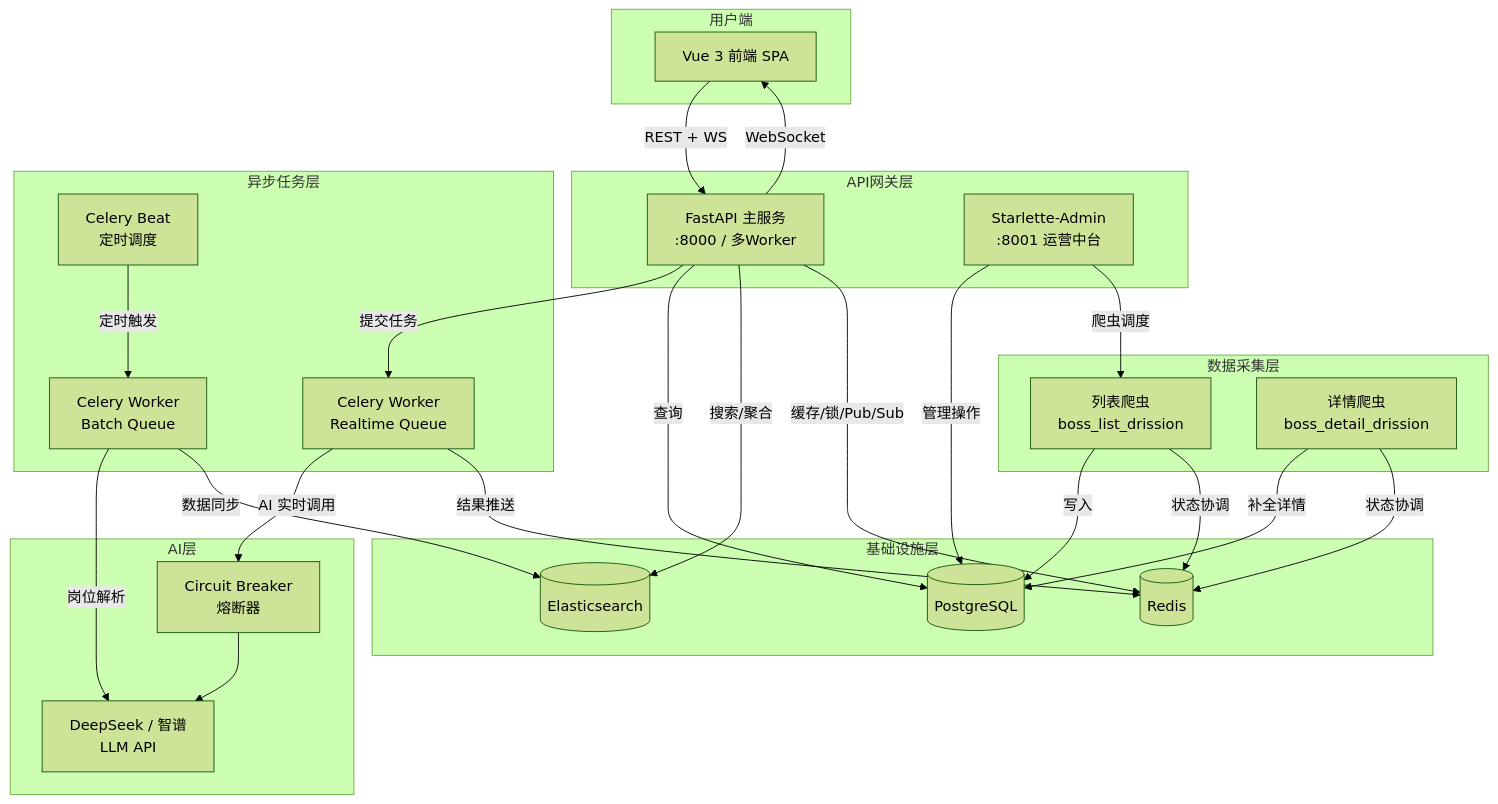
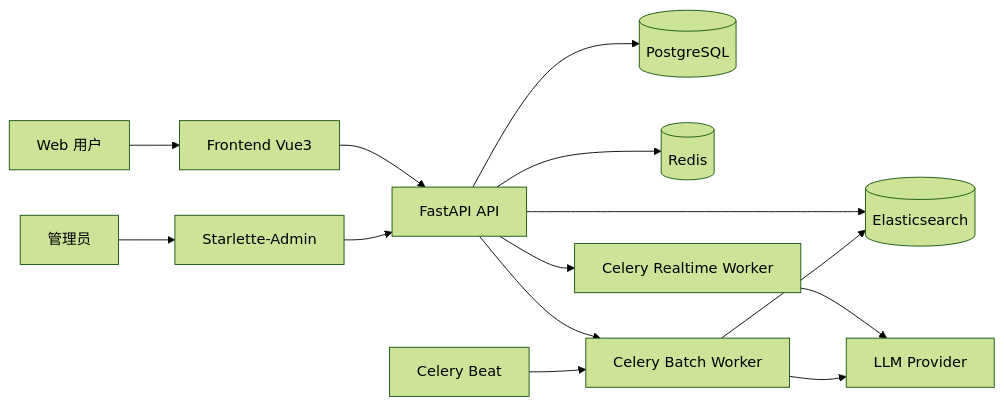
One commit to bo-ouyang/job changed the first of 7 diagrams in ARCHITECTURE.md. Above: the diagram before and after it, drawn with Mermaid (forest theme). The commit also changed other lines of this file and 26 other files, not shown here.

````diff
--- a/ARCHITECTURE.md
+++ b/ARCHITECTURE.md
@@ -9,53 +9,18 @@
 ```mermaid
-graph TB
-    subgraph 用户端
-        FE[Vue 3 前端 SPA]
-    end
+flowchart LR
+    U[Web 用户] --> FE[Frontend Vue3]
+    FE --> API[FastAPI API]
+    OPS[管理员] --> ADMIN[Starlette-Admin]
+    ADMIN --> API
 
-    subgraph API网关层
-        API[FastAPI 主服务<br/>:8000 / 多Worker]
-        ADMIN[Starlette-Admin<br/>:8001 运营中台]
-    end
+    API --> PG[(PostgreSQL)]
+    API --> ES[(Elasticsearch)]
+    API --> REDIS[(Redis)]
+    API --> C_RT[Celery Realtime Worker]
+    API --> C_BT[Celery Batch Worker]
+    BEAT[Celery Beat] --> C_BT
 
-    subgraph 异步任务层
-        CELERY_RT[Celery Worker<br/>Realtime Queue]
-        CELERY_BT[Celery Worker<br/>Batch Queue]
-        BEAT[Celery Beat<br/>定时调度]
-    end
-
-    subgraph 数据采集层
-        SPIDER_LIST[列表爬虫<br/>boss_list_drission]
-        SPIDER_DETAIL[详情爬虫<br/>boss_detail_drission]
-    end
-
-    subgraph 基础设施层
-        PG[(PostgreSQL)]
-        REDIS[(Redis)]
-        ES[(Elasticsearch)]
-    end
-
-    subgraph AI层
-        LLM[DeepSeek / 智谱<br/>LLM API]
-        CB[Circuit Breaker<br/>熔断器]
-    end
-
-    FE -->|REST + WS| API
-    ADMIN -->|管理操作| PG
-    ADMIN -->|爬虫调度| SPIDER_LIST
-
-    API -->|提交任务| CELERY_RT
-    API -->|查询| PG
-    API -->|搜索/聚合| ES
-    API -->|缓存/锁/Pub/Sub| REDIS
-    API -->|WebSocket| FE
-
-    BEAT -->|定时触发| CELERY_BT
-    CELERY_BT -->|岗位解析| LLM
-    CELERY_BT -->|数据同步| ES
-    CELERY_RT -->|AI 实时调用| CB --> LLM
-    CELERY_RT -->|结果推送| REDIS
-
-    SPIDER_LIST -->|写入| PG
-    SPIDER_DETAIL -->|补全详情| PG
-    SPIDER_LIST & SPIDER_DETAIL -->|状态协调| REDIS
+    C_RT --> AI[LLM Provider]
+    C_BT --> AI
+    C_BT --> ES
 ```
````
